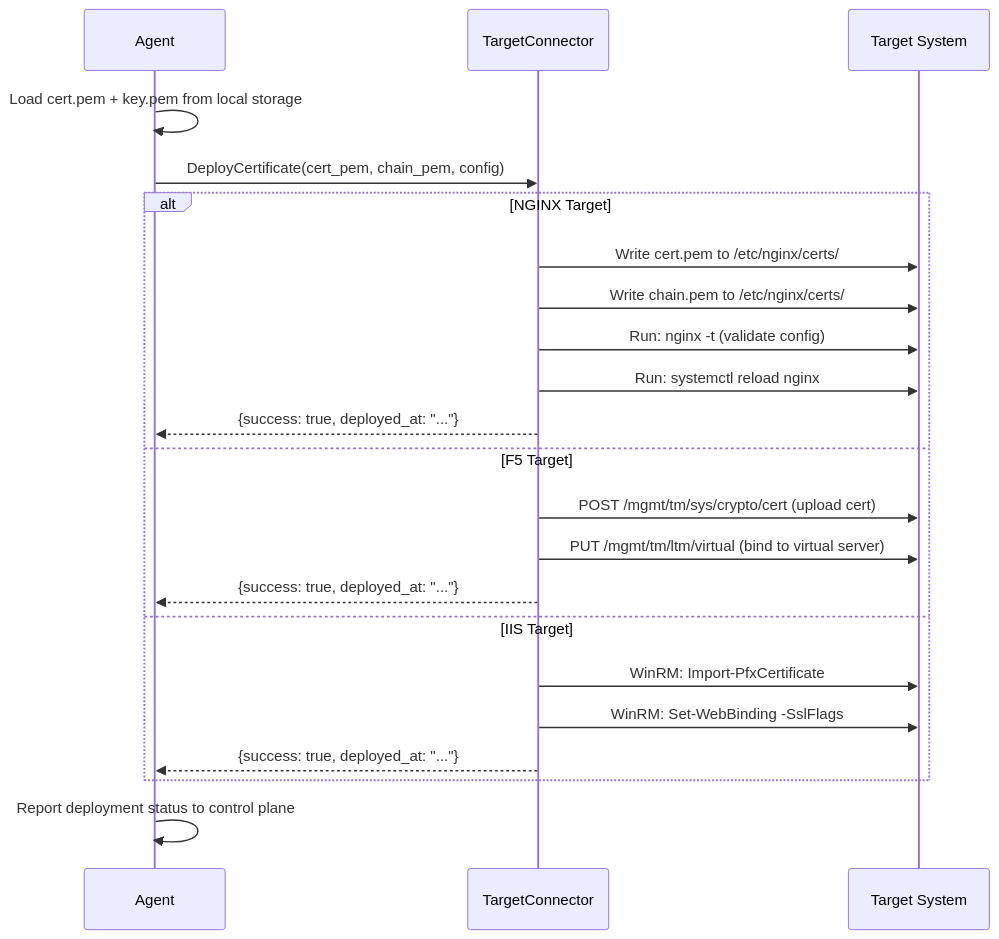
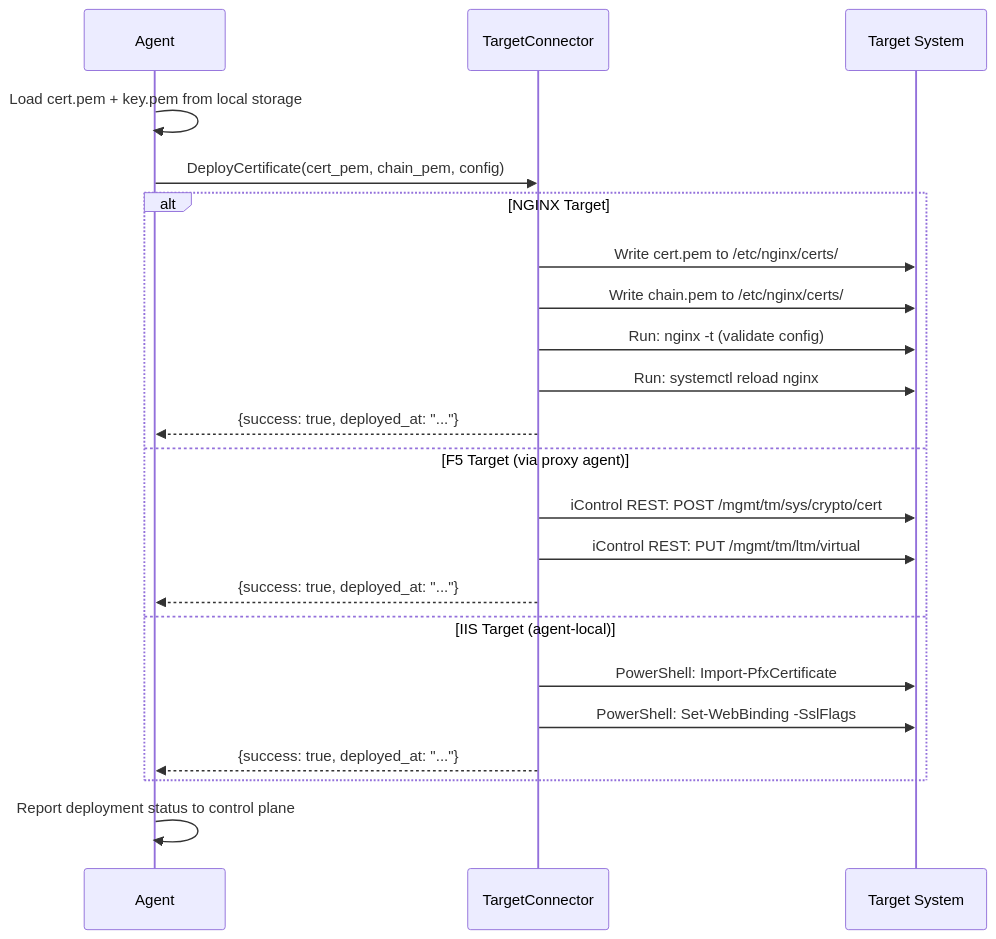
The fourth of 6 diagrams in docs/demo-advanced.md (certctl-io/certctl), drawn with Mermaid before and after one commit. The commit also changed other lines of this file and 3 other files, not shown here.

First line of the commit message:
docs: codify proxy agent pattern, sub-CA capability, IIS dual-mode design

````diff
--- a/docs/demo-advanced.md
+++ b/docs/demo-advanced.md
@@ -296,27 +295,27 @@
 ```mermaid
 sequenceDiagram
     participant A as Agent
     participant TC as TargetConnector
     participant T as Target System
 
     A->>A: Load cert.pem + key.pem from local storage
     A->>TC: DeployCertificate(cert_pem, chain_pem, config)
 
     alt NGINX Target
         TC->>T: Write cert.pem to /etc/nginx/certs/
         TC->>T: Write chain.pem to /etc/nginx/certs/
         TC->>T: Run: nginx -t (validate config)
         TC->>T: Run: systemctl reload nginx
         TC-->>A: {success: true, deployed_at: "..."}
-    else F5 Target
-        TC->>T: POST /mgmt/tm/sys/crypto/cert (upload cert)
-        TC->>T: PUT /mgmt/tm/ltm/virtual (bind to virtual server)
+    else F5 Target (via proxy agent)
+        TC->>T: iControl REST: POST /mgmt/tm/sys/crypto/cert
+        TC->>T: iControl REST: PUT /mgmt/tm/ltm/virtual
         TC-->>A: {success: true, deployed_at: "..."}
-    else IIS Target
-        TC->>T: WinRM: Import-PfxCertificate
-        TC->>T: WinRM: Set-WebBinding -SslFlags
+    else IIS Target (agent-local)
+        TC->>T: PowerShell: Import-PfxCertificate
+        TC->>T: PowerShell: Set-WebBinding -SslFlags
         TC-->>A: {success: true, deployed_at: "..."}
     end
 
     A->>A: Report deployment status to control plane
 ```
````
